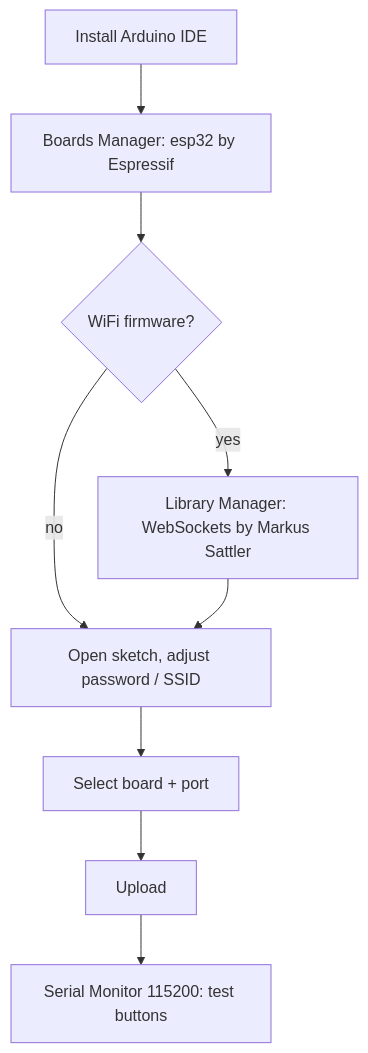
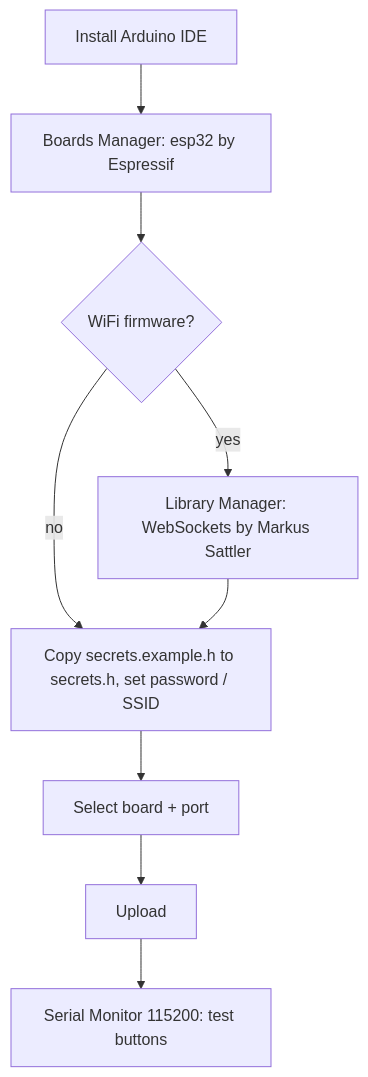
One commit to mateffygabor/Drift_game changed the second of 2 diagrams in docs/CONTROLLER_BUILD.md. Above: the diagram before and after it, drawn with Mermaid. The commit also changed other lines of this file and 10 other files, not shown here.

````diff
--- a/docs/CONTROLLER_BUILD.md
+++ b/docs/CONTROLLER_BUILD.md
@@ -163,11 +169,11 @@
 ```mermaid
 flowchart TD
     A[Install Arduino IDE] --> B[Boards Manager: esp32 by Espressif]
     B --> C{WiFi firmware?}
     C -- yes --> D[Library Manager: WebSockets by Markus Sattler]
     C -- no --> E
-    D --> E[Open sketch, adjust password / SSID]
+    D --> E[Copy secrets.example.h to secrets.h, set password / SSID]
     E --> F[Select board + port]
     F --> G[Upload]
     G --> H[Serial Monitor 115200: test buttons]
 ```
````
